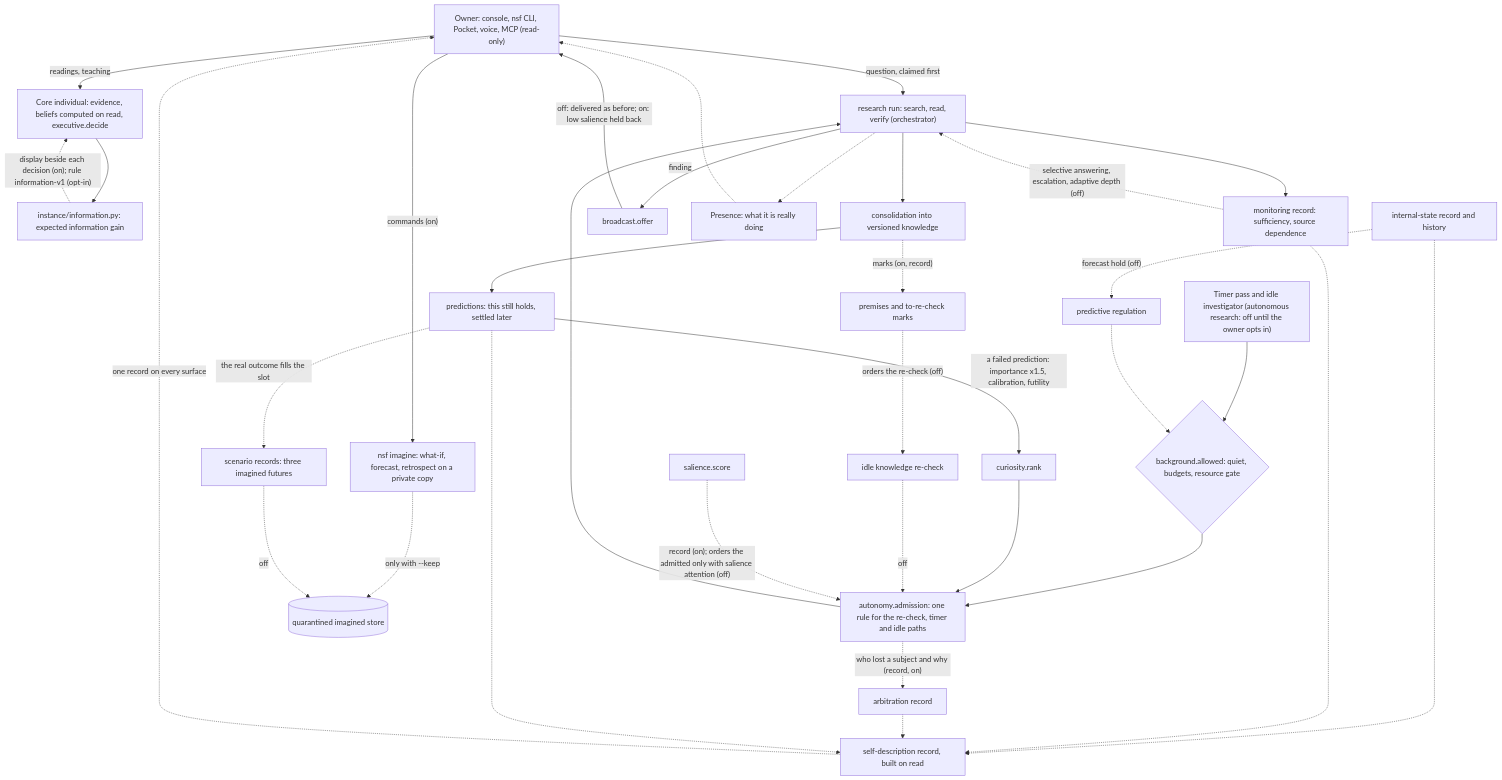
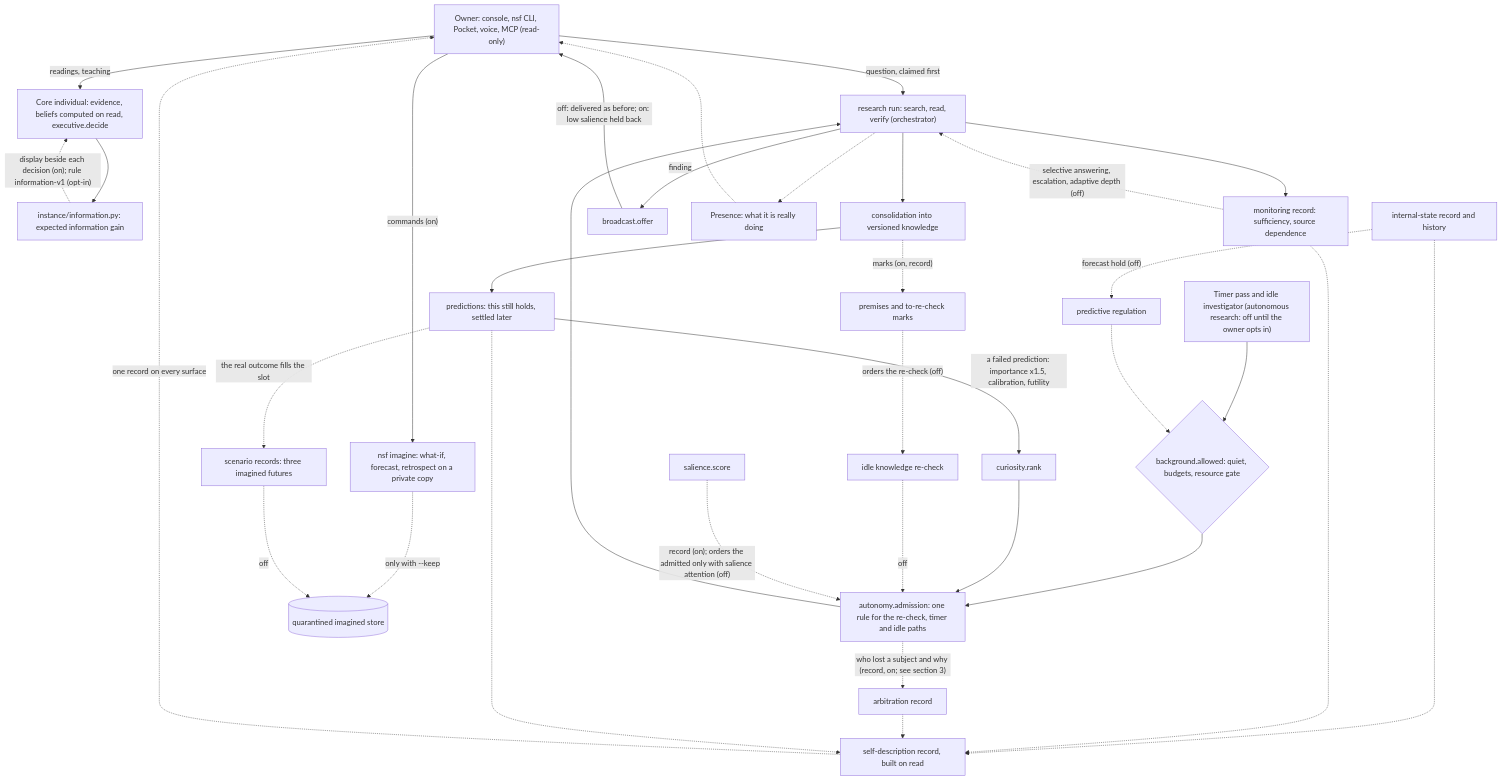
The diagram in docs/genesis/ARCHITECTURE_AFTER_GENESIS.md (MoRohn/neuroscifi), drawn with Mermaid before and after one commit. The commit also changed other lines of this file and 7 other files, not shown here.

````diff
--- a/docs/genesis/ARCHITECTURE_AFTER_GENESIS.md
+++ b/docs/genesis/ARCHITECTURE_AFTER_GENESIS.md
@@ -34,60 +36,60 @@
 ```mermaid
 flowchart TD
     OWNER["Owner: console, nsf CLI, Pocket, voice, MCP (read-only)"]
     CORE["Core individual: evidence, beliefs computed on read, executive.decide"]
     INFO["instance/information.py: expected information gain"]
     IMAG["nsf imagine: what-if, forecast, retrospect on a private copy"]
     TIMER["Timer pass and idle investigator (autonomous research: off until the owner opts in)"]
     GATE{"background.allowed: quiet, budgets, resource gate"}
     PGATE["predictive regulation"]
     ISTATE["internal-state record and history"]
     CUR["curiosity.rank"]
     RECHECK["idle knowledge re-check"]
     SAL["salience.score"]
     ADMIT["autonomy.admission: one rule for the re-check, timer and idle paths"]
     ARB["arbitration record"]
     ORCH["research run: search, read, verify (orchestrator)"]
     MON["monitoring record: sufficiency, source dependence"]
     CONS["consolidation into versioned knowledge"]
     PREM["premises and to-re-check marks"]
     PRED["predictions: this still holds, settled later"]
     SCEN["scenario records: three imagined futures"]
     IMG[("quarantined imagined store")]
     BCAST["broadcast.offer"]
     SELF["self-description record, built on read"]
     PRES["Presence: what it is really doing"]
 
     OWNER -->|"question, claimed first"| ORCH
     OWNER -->|"readings, teaching"| CORE
     CORE --> INFO
     INFO -.->|"display beside each decision (on); rule information-v1 (opt-in)"| CORE
     OWNER -->|"commands (on)"| IMAG
     IMAG -.->|"only with --keep"| IMG
     TIMER --> GATE
     ISTATE -.->|"forecast hold (off)"| PGATE
     PGATE -.-> GATE
     GATE --> ADMIT
     CUR --> ADMIT
     RECHECK -.->|"off"| ADMIT
     SAL -.->|"record (on); orders the admitted only with salience attention (off)"| ADMIT
     ADMIT --> ORCH
-    ADMIT -.->|"who lost a subject and why (record, on)"| ARB
+    ADMIT -.->|"who lost a subject and why (record, on; see section 3)"| ARB
     ORCH --> MON
     MON -.->|"selective answering, escalation, adaptive depth (off)"| ORCH
     ORCH --> CONS
     CONS --> PRED
     CONS -.->|"marks (on, record)"| PREM
     PREM -.->|"orders the re-check (off)"| RECHECK
     PRED -->|"a failed prediction: importance x1.5, calibration, futility"| CUR
     PRED -.->|"the real outcome fills the slot"| SCEN
     SCEN -.->|"off"| IMG
     ORCH -->|"finding"| BCAST
     BCAST -->|"off: delivered as before; on: low salience held back"| OWNER
     ISTATE -.-> SELF
     MON -.-> SELF
     ARB -.-> SELF
     PRED -.-> SELF
     SELF -.->|"one record on every surface"| OWNER
     ORCH -.-> PRES
     PRES -.-> OWNER
 ```
````
